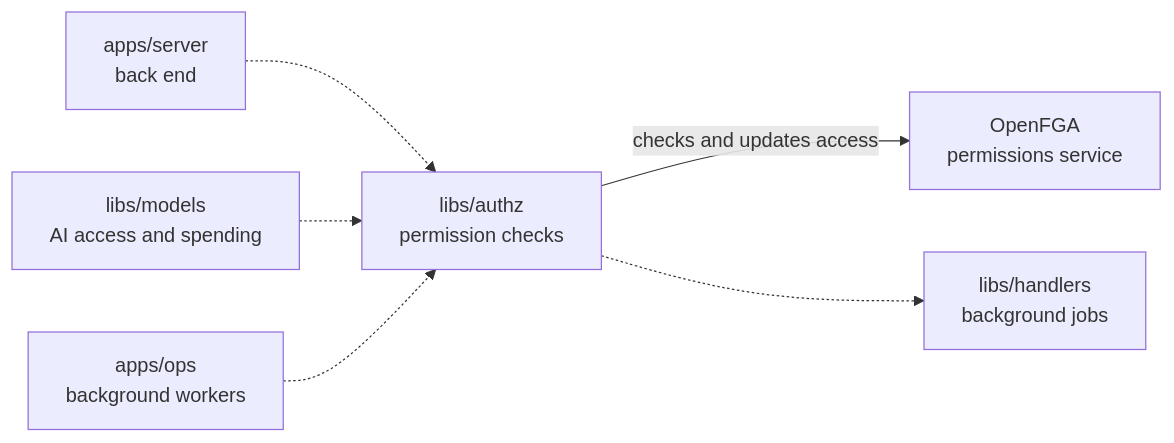
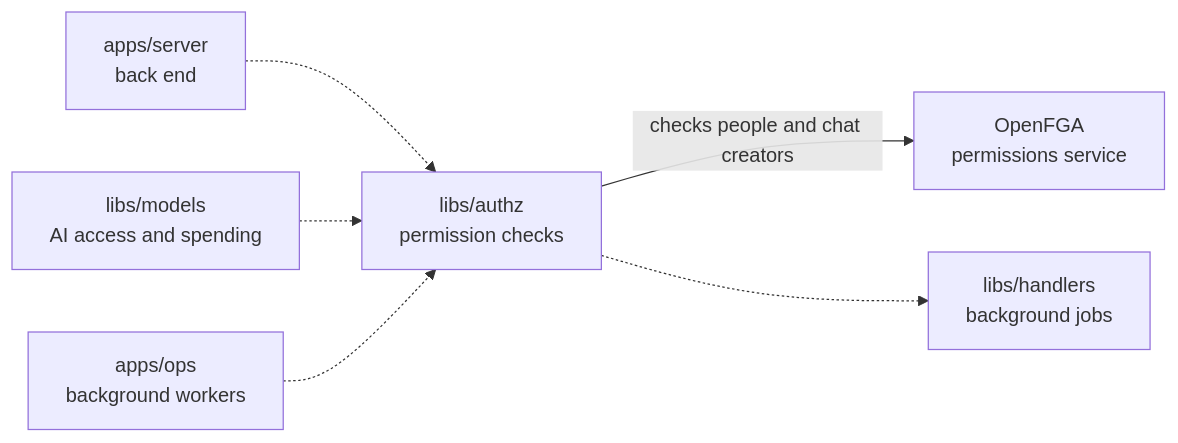
Before and after one commit to elewa-git/opencrane-new: the diagram in libs/authz/README.md, drawn with Mermaid. The commit also changed other lines of this file and 37 other files, not shown here.

````diff
--- a/libs/authz/README.md
+++ b/libs/authz/README.md
@@ -11,8 +11,8 @@
 ```mermaid
 flowchart LR
   server["apps/server<br/>back end"] -.-> authz["libs/authz<br/>permission checks"]
   models["libs/models<br/>AI access and spending"] -.-> authz
   ops["apps/ops<br/>background workers"] -.-> authz
-  authz -->|checks and updates access| fga["OpenFGA<br/>permissions service"]
+  authz -->|checks people and chat creators| fga["OpenFGA<br/>permissions service"]
   authz -.-> handlers["libs/handlers<br/>background jobs"]
 ```
````
